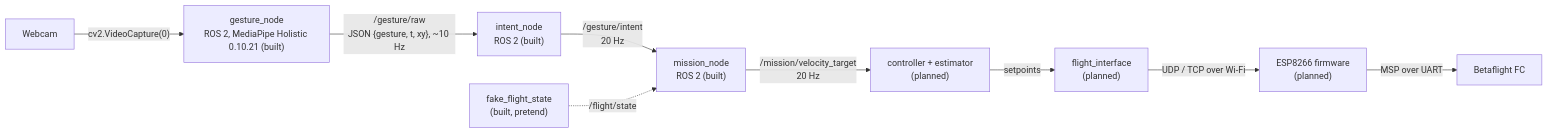
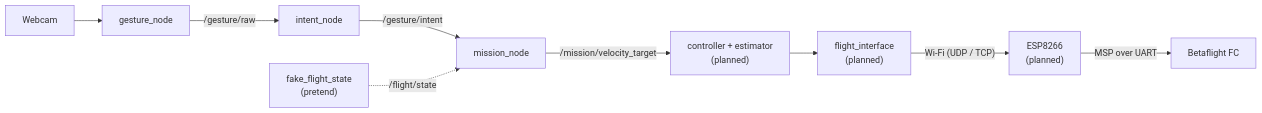
One commit to SEAME-pt/SEA-ME_Team1_ROSRangers changed the diagram in docs/PraticalPlan/06 Gestures/00 Gesture Pipeline.md. Above: the diagram before and after it, drawn with Mermaid. The commit also changed other lines of this file and 6 other files, not shown here.

````diff
--- a/docs/PraticalPlan/06 Gestures/00 Gesture Pipeline.md
+++ b/docs/PraticalPlan/06 Gestures/00 Gesture Pipeline.md
@@ -30,11 +30,11 @@
 ```mermaid
 flowchart LR
-  W[Webcam] -->|"cv2.VideoCapture(0)"| R["gesture_node<br/>ROS 2, MediaPipe Holistic 0.10.21 (built)"]
-  R -->|"/gesture/raw<br/>JSON {gesture, t, xy}, ~10 Hz"| G["intent_node<br/>ROS 2 (built)"]
-  G -->|"/gesture/intent<br/>20 Hz"| M["mission_node<br/>ROS 2 (built)"]
-  FFS["fake_flight_state<br/>(built, pretend)"] -.->|"/flight/state"| M
-  M -->|"/mission/velocity_target<br/>20 Hz"| C["controller + estimator<br/>(planned)"]
-  C -->|setpoints| FI["flight_interface<br/>(planned)"]
-  FI -->|"UDP / TCP over Wi-Fi"| E["ESP8266 firmware<br/>(planned)"]
+  W[Webcam] --> R[gesture_node]
+  R -->|"/gesture/raw"| G[intent_node]
+  G -->|"/gesture/intent"| M[mission_node]
+  FFS["fake_flight_state<br/>(pretend)"] -.->|"/flight/state"| M
+  M -->|"/mission/velocity_target"| C["controller + estimator<br/>(planned)"]
+  C --> FI["flight_interface<br/>(planned)"]
+  FI -->|"Wi-Fi (UDP / TCP)"| E["ESP8266<br/>(planned)"]
   E -->|"MSP over UART"| FC[Betaflight FC]
 ```
````
